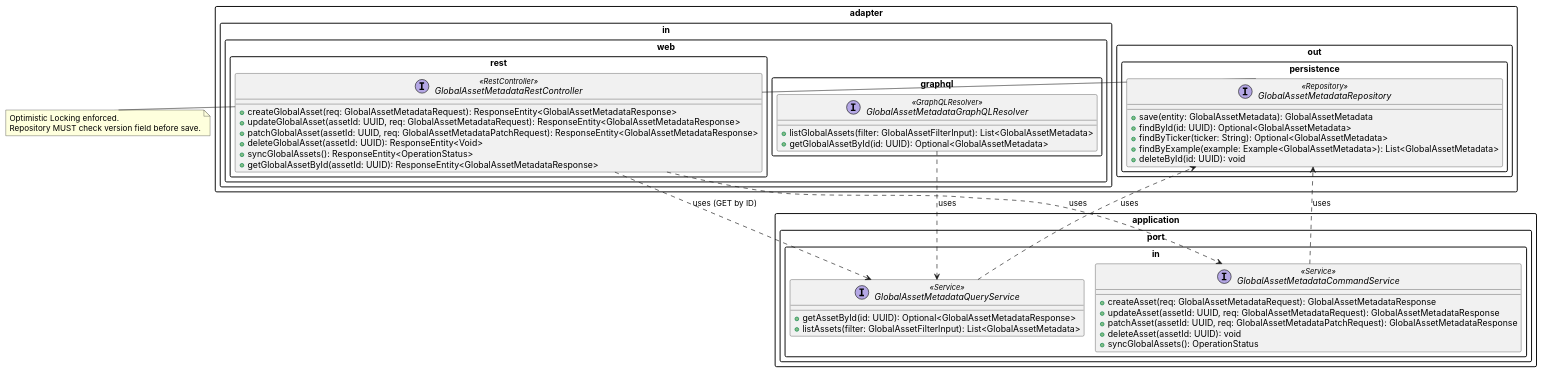
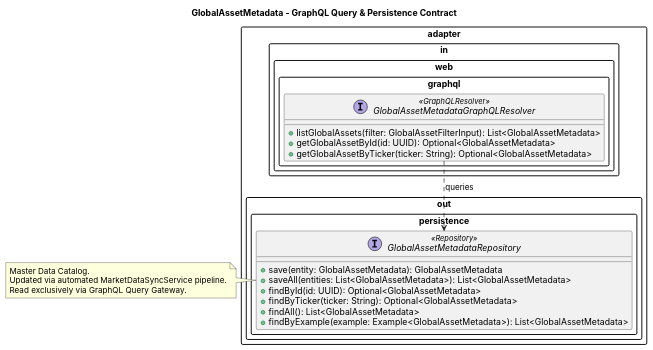
One commit to linuschien/etf-alpha-harvester changed the diagram in docs/02-design-specs/uml/global_asset_metadata_contract.puml. Above: the diagram before and after it, drawn with PlantUML. The commit also changed 10 other files, not shown here.

First line of the commit message:
Refactor UML Contracts to Transition from REST to GraphQL

```diff
--- a/docs/02-design-specs/uml/global_asset_metadata_contract.puml
+++ b/docs/02-design-specs/uml/global_asset_metadata_contract.puml
@@ -1,66 +1,38 @@
 @startuml global_asset_metadata_contract
 
 !pragma layout smetana
 skinparam packageStyle rectangle
 skinparam defaultFontName Inter
 
-package "adapter.in.web.rest" {
-  interface "GlobalAssetMetadataRestController" <<RestController>> {
-    ' --- Mutations ---
-    + createGlobalAsset(req: GlobalAssetMetadataRequest): ResponseEntity<GlobalAssetMetadataResponse>
-    + updateGlobalAsset(assetId: UUID, req: GlobalAssetMetadataRequest): ResponseEntity<GlobalAssetMetadataResponse>
-    + patchGlobalAsset(assetId: UUID, req: GlobalAssetMetadataPatchRequest): ResponseEntity<GlobalAssetMetadataResponse>
-    + deleteGlobalAsset(assetId: UUID): ResponseEntity<Void>
-    ' --- Custom Actions (Batch Job Triggers) ---
-    + syncGlobalAssets(): ResponseEntity<OperationStatus>
-    ' --- Single-resource Query ---
-    + getGlobalAssetById(assetId: UUID): ResponseEntity<GlobalAssetMetadataResponse>
-  }
-}
+title GlobalAssetMetadata - GraphQL Query & Persistence Contract
 
 package "adapter.in.web.graphql" {
   interface "GlobalAssetMetadataGraphQLResolver" <<GraphQLResolver>> {
-    ' --- Collection / Filtered Queries ---
+    ' --- UI Read Gateway ---
     + listGlobalAssets(filter: GlobalAssetFilterInput): List<GlobalAssetMetadata>
     + getGlobalAssetById(id: UUID): Optional<GlobalAssetMetadata>
-  }
-}
-
-package "application.port.in" {
-  interface "GlobalAssetMetadataCommandService" <<Service>> {
-    + createAsset(req: GlobalAssetMetadataRequest): GlobalAssetMetadataResponse
-    + updateAsset(assetId: UUID, req: GlobalAssetMetadataRequest): GlobalAssetMetadataResponse
-    + patchAsset(assetId: UUID, req: GlobalAssetMetadataPatchRequest): GlobalAssetMetadataResponse
-    + deleteAsset(assetId: UUID): void
-    + syncGlobalAssets(): OperationStatus
-  }
-
-  interface "GlobalAssetMetadataQueryService" <<Service>> {
-    + getAssetById(id: UUID): Optional<GlobalAssetMetadataResponse>
-    + listAssets(filter: GlobalAssetFilterInput): List<GlobalAssetMetadata>
+    + getGlobalAssetByTicker(ticker: String): Optional<GlobalAssetMetadata>
   }
 }
 
 package "adapter.out.persistence" {
   interface "GlobalAssetMetadataRepository" <<Repository>> {
     + save(entity: GlobalAssetMetadata): GlobalAssetMetadata
+    + saveAll(entities: List<GlobalAssetMetadata>): List<GlobalAssetMetadata>
     + findById(id: UUID): Optional<GlobalAssetMetadata>
     + findByTicker(ticker: String): Optional<GlobalAssetMetadata>
+    + findAll(): List<GlobalAssetMetadata>
     + findByExample(example: Example<GlobalAssetMetadata>): List<GlobalAssetMetadata>
-    + deleteById(id: UUID): void
   }
 }
 
 note right of GlobalAssetMetadataRepository
-  Optimistic Locking enforced.
-  Repository MUST check version field before save.
+  Master Data Catalog.
+  Updated via automated MarketDataSyncService pipeline.
+  Read exclusively via GraphQL Query Gateway.
 end note
 
-' === Dependency Arrows (CQRS) ===
-"GlobalAssetMetadataRestController"  ..> "GlobalAssetMetadataCommandService" : uses
-"GlobalAssetMetadataRestController"  ..> "GlobalAssetMetadataQueryService"   : uses (GET by ID)
-"GlobalAssetMetadataGraphQLResolver" ..> "GlobalAssetMetadataQueryService"   : uses
-"GlobalAssetMetadataCommandService"  ..> "GlobalAssetMetadataRepository"     : uses
-"GlobalAssetMetadataQueryService"    ..> "GlobalAssetMetadataRepository"     : uses
+' === Dependency Arrows ===
+"GlobalAssetMetadataGraphQLResolver" ..> "GlobalAssetMetadataRepository" : queries
 
 @enduml
```
